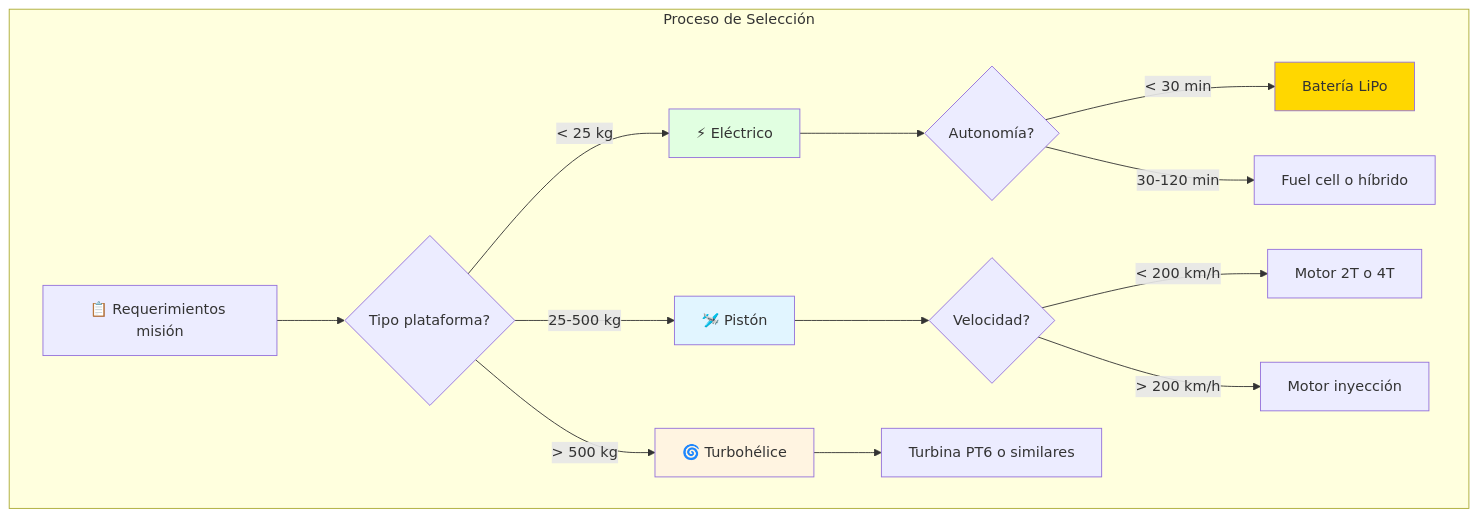
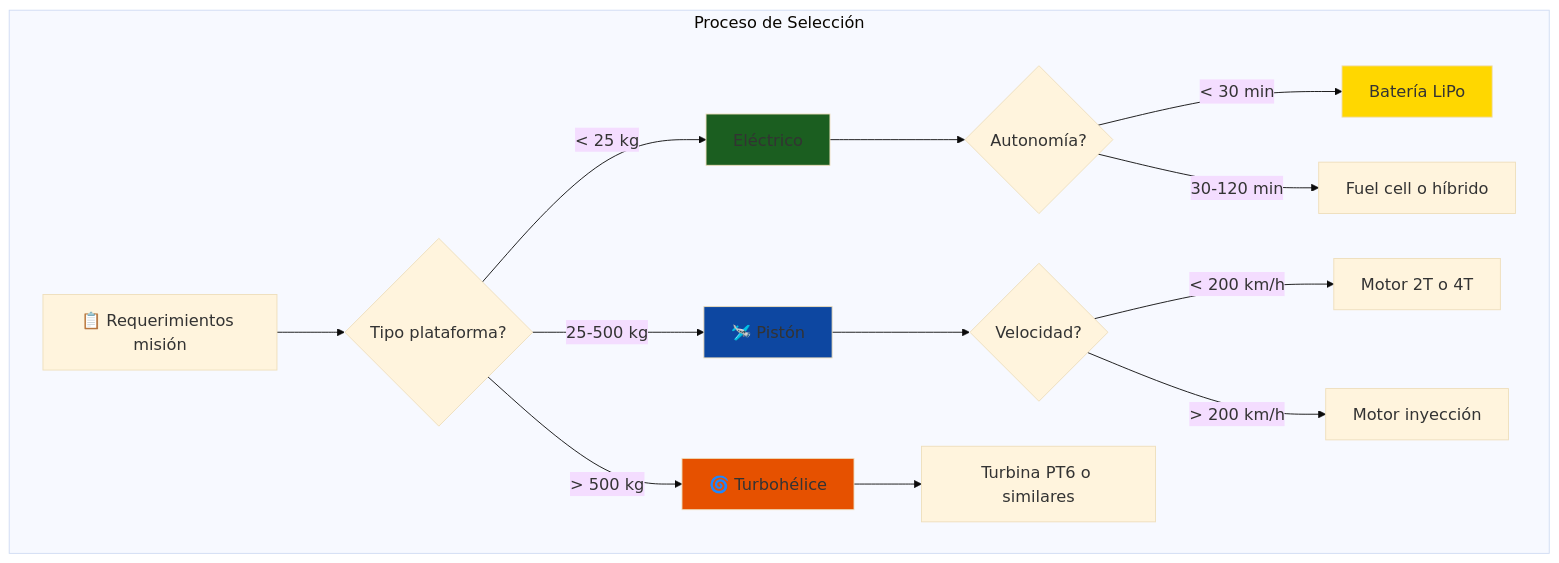
Diagram 14 of 16 in courses/🟡-development/FPUNA-2026/03-INGENIERIA-AERONAUTICA/04-sistemas-propulsion.md (Ai-Whisperers/Courses-Content), drawn with Mermaid before and after one commit. The commit also changed other lines of this file and 47 other files, not shown here.

First line of the commit message:
fix: Make all 473 diagrams WCAG AAA accessible (FPUNA-2026)

````diff
--- a/courses/🟡-development/FPUNA-2026/03-INGENIERIA-AERONAUTICA/04-sistemas-propulsion.md
+++ b/courses/🟡-development/FPUNA-2026/03-INGENIERIA-AERONAUTICA/04-sistemas-propulsion.md
@@ -956,26 +969,27 @@
 ```mermaid
+%%{init: {'theme':'base', 'themeVariables': {'fontSize':'18px'}}}%%
 graph TD
     subgraph "Proceso de Selección"
         A[📋 Requerimientos misión]
         
         A --> B{Tipo plataforma?}
-        B -->|< 25 kg| C[⚡ Eléctrico]
+        B -->|< 25 kg| C[Eléctrico]
         B -->|25-500 kg| D[🛩️ Pistón]
         B -->|> 500 kg| E[🌀 Turbohélice]
         
         C --> F{Autonomía?}
         F -->|< 30 min| G[Batería LiPo]
         F -->|30-120 min| H[Fuel cell o híbrido]
         
         D --> I{Velocidad?}
         I -->|< 200 km/h| J[Motor 2T o 4T]
         I -->|> 200 km/h| K[Motor inyección]
         
         E --> L[Turbina PT6 o similares]
     end
     
-    style C fill:#E1FFE1
-    style D fill:#E1F5FF
-    style E fill:#FFF4E1
+    style C fill:#1b5e20
+    style D fill:#0d47a1
+    style E fill:#e65100
     style G fill:#FFD700
 ```
````
